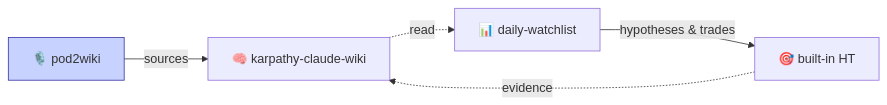
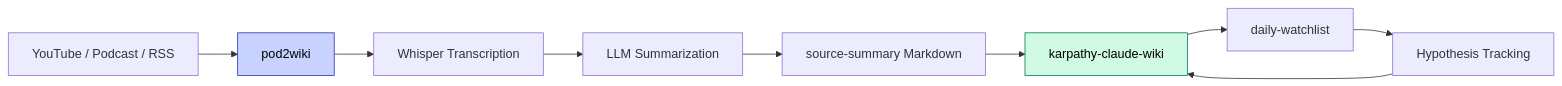
One commit to alingowangxr/pod2wiki changed the diagram in README.md. Above: the diagram before and after it, drawn with Mermaid. The commit also changed other lines of this file and 1 other file, not shown here.

````diff
--- a/README.md
+++ b/README.md
@@ -12,8 +8,13 @@
 ```mermaid
 flowchart LR
-    P[🎙️ pod2wiki] -->|sources| W[🧠 karpathy-claude-wiki]
-    W -.->|read| D[📊 daily-watchlist]
-    D -->|hypotheses & trades| DHT[🎯 built-in HT]
-    DHT -.->|evidence| W
-    style P fill:#c7d2fe,stroke:#3730a3
+    A[YouTube / Podcast / RSS] --> B[pod2wiki]
+    B --> C[Whisper Transcription]
+    C --> D[LLM Summarization]
+    D --> E[source-summary Markdown]
+    E --> F[karpathy-claude-wiki]
+    F --> G[daily-watchlist]
+    G --> H[Hypothesis Tracking]
+    H --> F
+    style B fill:#c7d2fe,stroke:#3730a3,color:#000
+    style F fill:#d1fae5,stroke:#047857,color:#000
 ```
````
